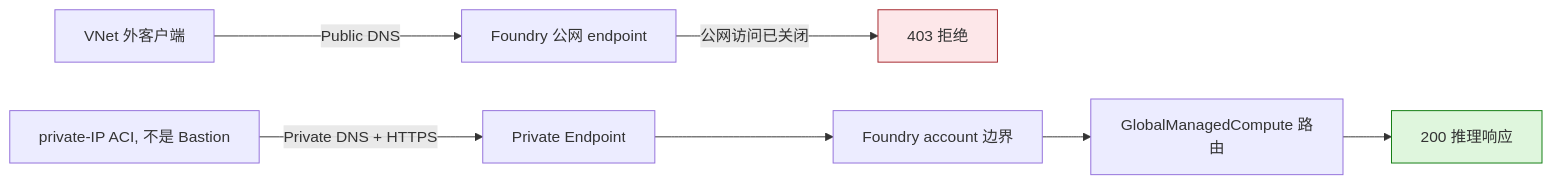
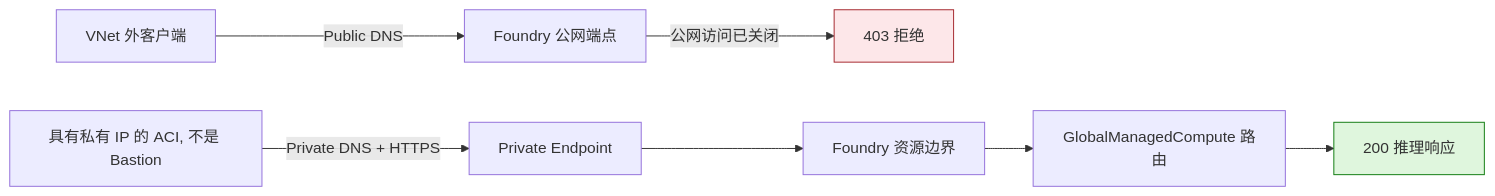
Before and after one commit to david-xinyuwei/david-share: the diagram in Deep-Learning/Managed-Compute-Private-Endpoint/README-CN.md, drawn with Mermaid. The commit also changed other lines of this file and 14 other files, not shown here.

````diff
--- a/Deep-Learning/Managed-Compute-Private-Endpoint/README-CN.md
+++ b/Deep-Learning/Managed-Compute-Private-Endpoint/README-CN.md
@@ -193,12 +116,12 @@
 ```mermaid
 flowchart LR
-    OUT[VNet 外客户端] -->|Public DNS| PUB[Foundry 公网 endpoint]
+    OUT[VNet 外客户端] -->|Public DNS| PUB[Foundry 公网端点]
     PUB -->|公网访问已关闭| DENY[403 拒绝]
-    IN[private-IP ACI, 不是 Bastion] -->|Private DNS + HTTPS| PE[Private Endpoint]
-    PE --> ACCOUNT[Foundry account 边界]
+    IN[具有私有 IP 的 ACI, 不是 Bastion] -->|Private DNS + HTTPS| PE[Private Endpoint]
+    PE --> ACCOUNT[Foundry 资源边界]
     ACCOUNT --> ROUTE[GlobalManagedCompute 路由]
     ROUTE --> OK[200 推理响应]
 
     style DENY fill:#fde7e9,stroke:#a4262c
     style OK fill:#dff6dd,stroke:#107c10
 ```
````
